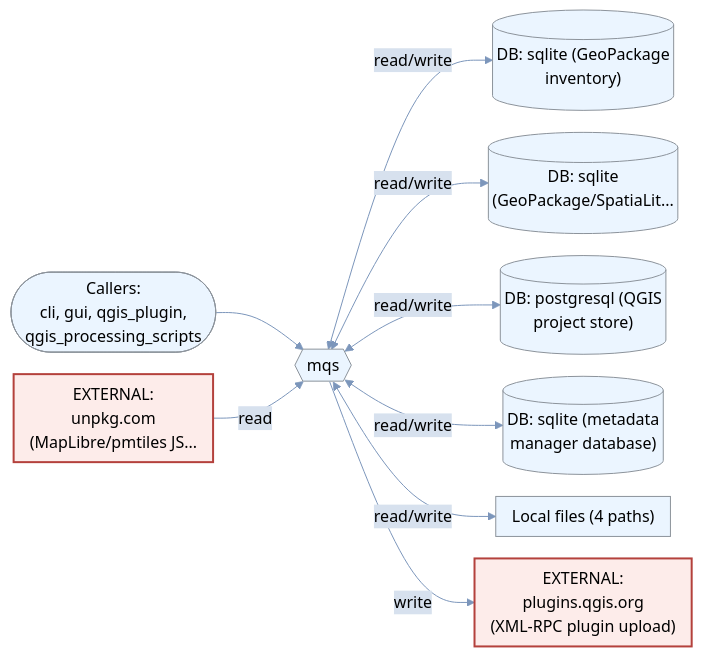
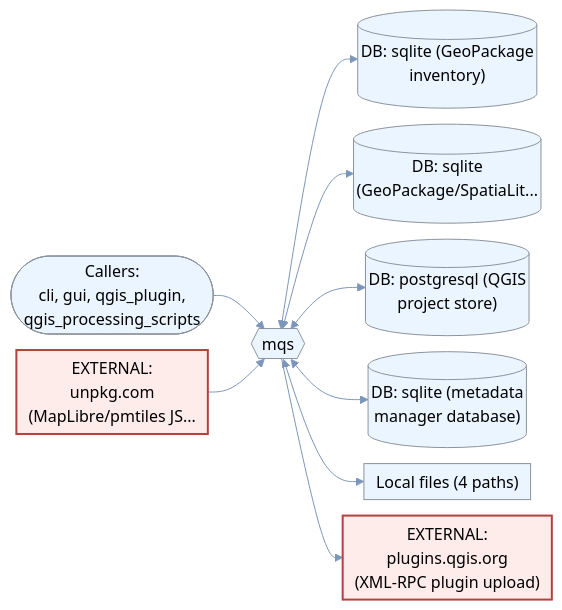
Before and after one commit to johnzastrow/Roux7375Testresults: diagram 19 of 42 in outputs/johnzastrow_Summary.md, drawn with Mermaid. The commit also changed other lines of this file, not shown here.

First line of the commit message:
Enlarge data flow diagram text for letter-size printing

````diff
--- a/outputs/johnzastrow_Summary.md
+++ b/outputs/johnzastrow_Summary.md
@@ -1505,22 +1505,22 @@
 ```mermaid
-%%{init: {"theme":"base","flowchart":{"useMaxWidth":true,"nodeSpacing":22,"rankSpacing":45,"padding":8},"themeVariables":{"background":"#ffffff","primaryColor":"#ebf5ff","primaryTextColor":"#000000","primaryBorderColor":"#8c939b","lineColor":"#7c96bb","secondaryColor":"#d7e1ee","tertiaryColor":"#c3d2e5","fontFamily":"\"Inter\", \"Noto Sans SC\", sans-serif","fontSize":"14","pie1":"#b4413c","pie2":"#d9893b","pie3":"#7c96bb","pie4":"#73A78D","pie5":"#CB9B7A","pie6":"#6B8CAE","pie7":"#c3d2e5","pie8":"#8c939b"}}}%%
+%%{init: {"theme":"base","flowchart":{"useMaxWidth":true,"nodeSpacing":16,"rankSpacing":38,"padding":6},"themeVariables":{"background":"#ffffff","primaryColor":"#ebf5ff","primaryTextColor":"#000000","primaryBorderColor":"#8c939b","lineColor":"#7c96bb","secondaryColor":"#d7e1ee","tertiaryColor":"#c3d2e5","fontFamily":"\"Inter\", \"Noto Sans SC\", sans-serif","fontSize":"17","pie1":"#b4413c","pie2":"#d9893b","pie3":"#7c96bb","pie4":"#73A78D","pie5":"#CB9B7A","pie6":"#6B8CAE","pie7":"#c3d2e5","pie8":"#8c939b"}}}%%
 flowchart LR
     APP{{"mqs"}}
     U(["Callers:<br>cli, gui, qgis_plugin,<br>qgis_processing_scripts"]) --> APP
     D1[("DB: sqlite (GeoPackage<br>inventory)")]
-    APP <-->|read/write| D1
+    APP <--> D1
     D2[("DB: sqlite<br>(GeoPackage/SpatiaLit...")]
-    APP <-->|read/write| D2
+    APP <--> D2
     D3[("DB: postgresql (QGIS<br>project store)")]
-    APP <-->|read/write| D3
+    APP <--> D3
     D4[("DB: sqlite (metadata<br>manager database)")]
-    APP <-->|read/write| D4
+    APP <--> D4
     F5["Local files (4 paths)"]
-    APP <-->|read/write| F5
+    APP <--> F5
     E6["EXTERNAL:<br>plugins.qgis.org<br>(XML-RPC plugin upload)"]
-    APP -->|write| E6
+    APP --> E6
     E7["EXTERNAL:<br>unpkg.com<br>(MapLibre/pmtiles JS..."]
-    E7 -->|read| APP
+    E7 --> APP
     class E6,E7 ext
     classDef ext fill:#fdecea,stroke:#b4413c,stroke-width:2px,color:#000000
 ```
````
